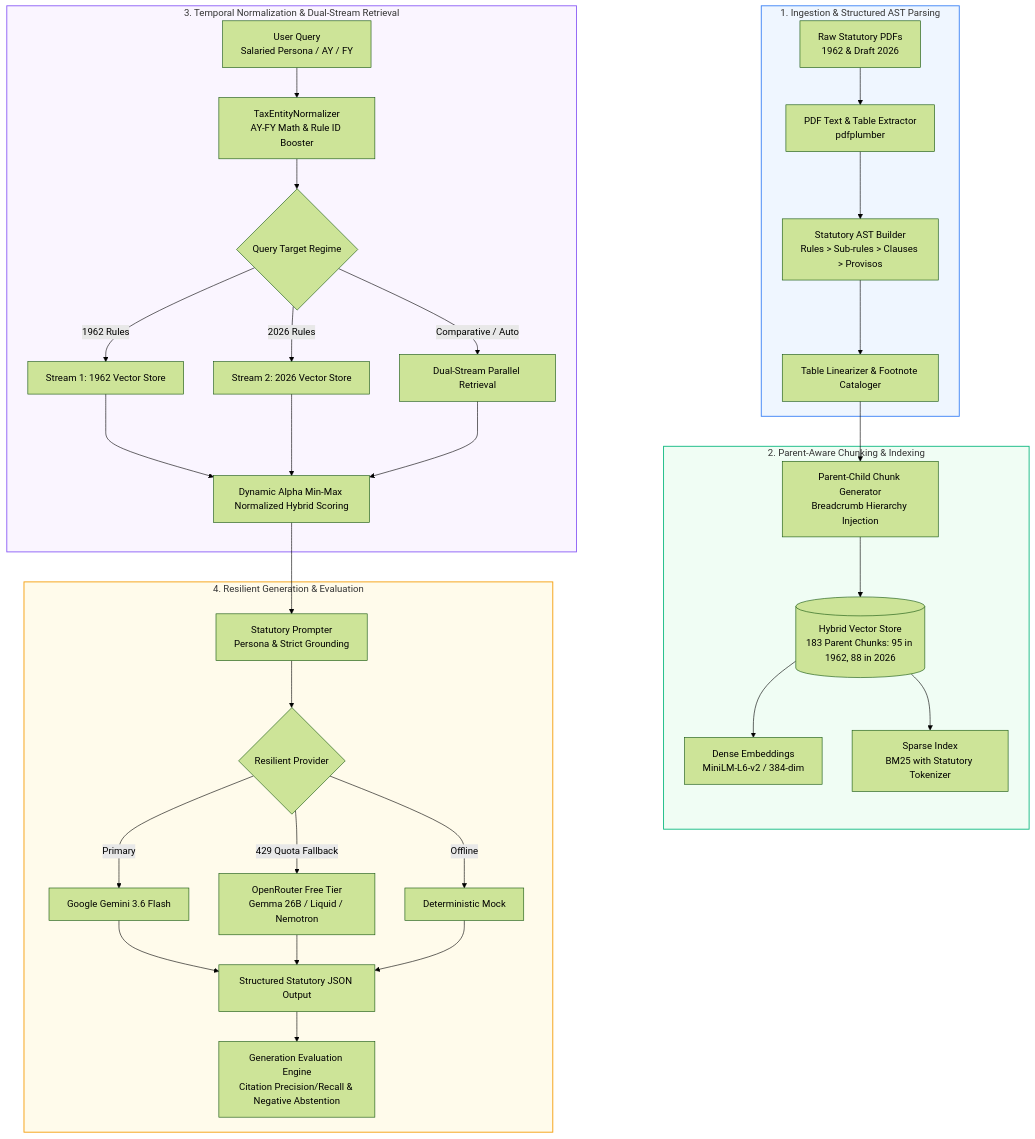
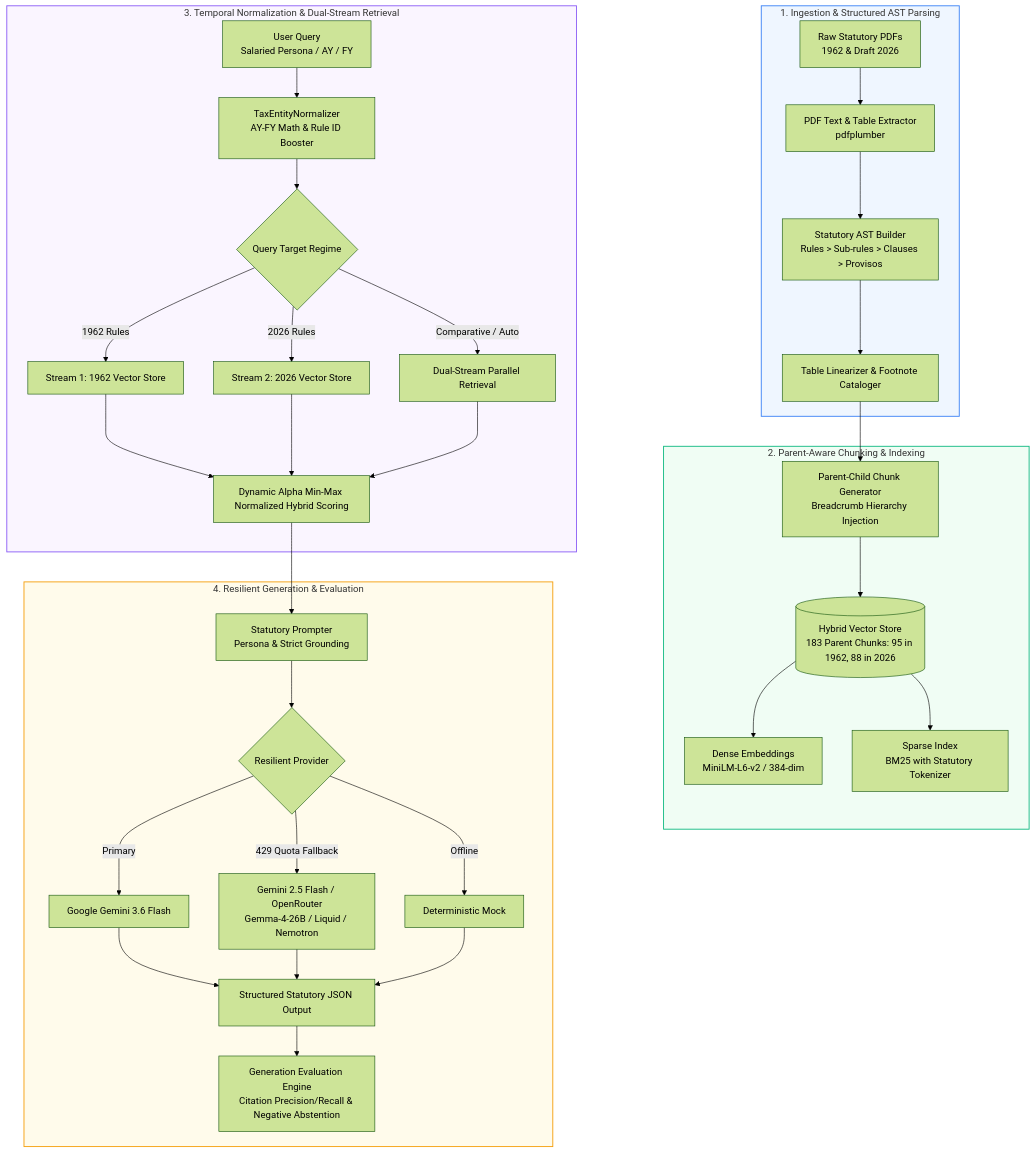
One commit to esannihith/tax-chrono-rag changed the first of 2 diagrams in README.md. Above: the diagram before and after it, drawn with Mermaid (forest theme). The commit also changed other lines of this file and 13 other files, not shown here.

Commit message:
fix(provenance): calibrate hidden suite recall, dynamic chart generation, strict subrule hierarchy, and date parser precision

````diff
--- a/README.md
+++ b/README.md
@@ -57,43 +57,43 @@
 ```mermaid
 flowchart TD
     subgraph INGESTION ["1. Ingestion & Structured AST Parsing"]
         A1[Raw Statutory PDFs<br/>1962 & Draft 2026] --> A2[PDF Text & Table Extractor<br/>pdfplumber]
         A2 --> A3[Statutory AST Builder<br/>Rules > Sub-rules > Clauses > Provisos]
         A3 --> A4[Table Linearizer & Footnote Cataloger]
     end
 
     subgraph CHUNKING ["2. Parent-Aware Chunking & Indexing"]
         A4 --> B1[Parent-Child Chunk Generator<br/>Breadcrumb Hierarchy Injection]
         B1 --> B2[(Hybrid Vector Store<br/>183 Parent Chunks: 95 in 1962, 88 in 2026)]
         B2 --> B3[Dense Embeddings<br/>MiniLM-L6-v2 / 384-dim]
         B2 --> B4[Sparse Index<br/>BM25 with Statutory Tokenizer]
     end
 
     subgraph RETRIEVAL ["3. Temporal Normalization & Dual-Stream Retrieval"]
         Q[User Query<br/>Salaried Persona / AY / FY] --> C1[TaxEntityNormalizer<br/>AY-FY Math & Rule ID Booster]
         C1 --> C2{Query Target Regime}
         C2 -->|1962 Rules| C3[Stream 1: 1962 Vector Store]
         C2 -->|2026 Rules| C4[Stream 2: 2026 Vector Store]
         C2 -->|Comparative / Auto| C5[Dual-Stream Parallel Retrieval]
         C3 --> C6[Dynamic Alpha Min-Max Normalized Hybrid Scoring]
         C4 --> C6
         C5 --> C6
     end
 
     subgraph GENERATION ["4. Resilient Generation & Evaluation"]
         C6 --> D1[Statutory Prompter<br/>Persona & Strict Grounding]
         D1 --> D2{Resilient Provider}
         D2 -->|Primary| D3[Google Gemini 3.6 Flash]
-        D2 -->|429 Quota Fallback| D4[OpenRouter Free Tier<br/>Gemma 26B / Liquid / Nemotron]
+        D2 -->|429 Quota Fallback| D4[Gemini 2.5 Flash / OpenRouter<br/>Gemma-4-26B / Liquid / Nemotron]
         D2 -->|Offline| D5[Deterministic Mock]
         D3 --> E1[Structured Statutory JSON Output]
         D4 --> E1
         D5 --> E1
         E1 --> E2[Generation Evaluation Engine<br/>Citation Precision/Recall & Negative Abstention]
     end
 
     style INGESTION fill:#EFF6FF,stroke:#3B82F6,stroke-width:1.5px
     style CHUNKING fill:#F0FDF4,stroke:#10B981,stroke-width:1.5px
     style RETRIEVAL fill:#FAF5FF,stroke:#8B5CF6,stroke-width:1.5px
     style GENERATION fill:#FFFBEB,stroke:#F59E0B,stroke-width:1.5px
 ```
````
